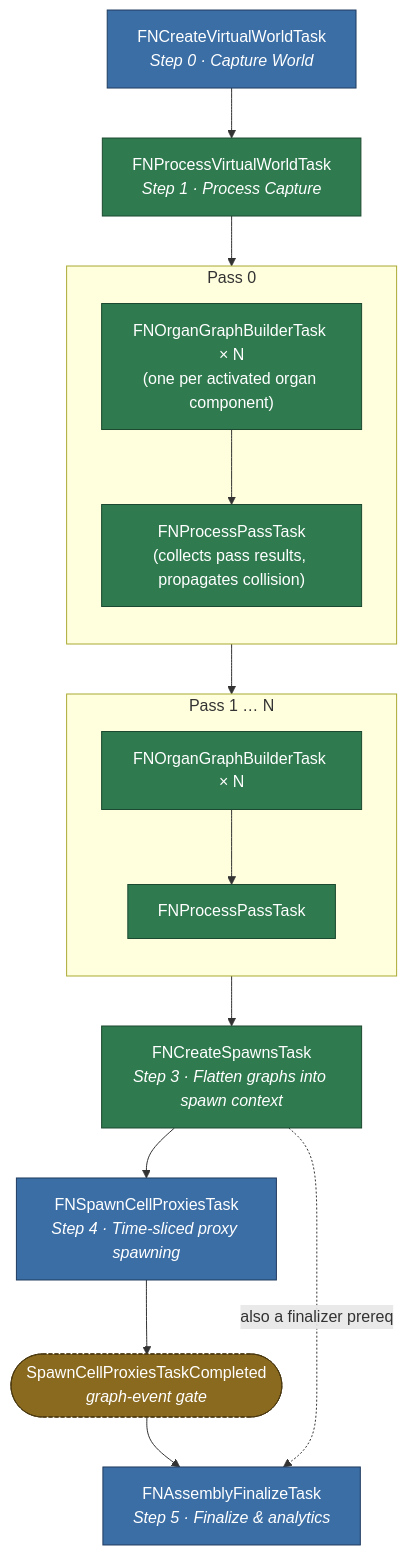
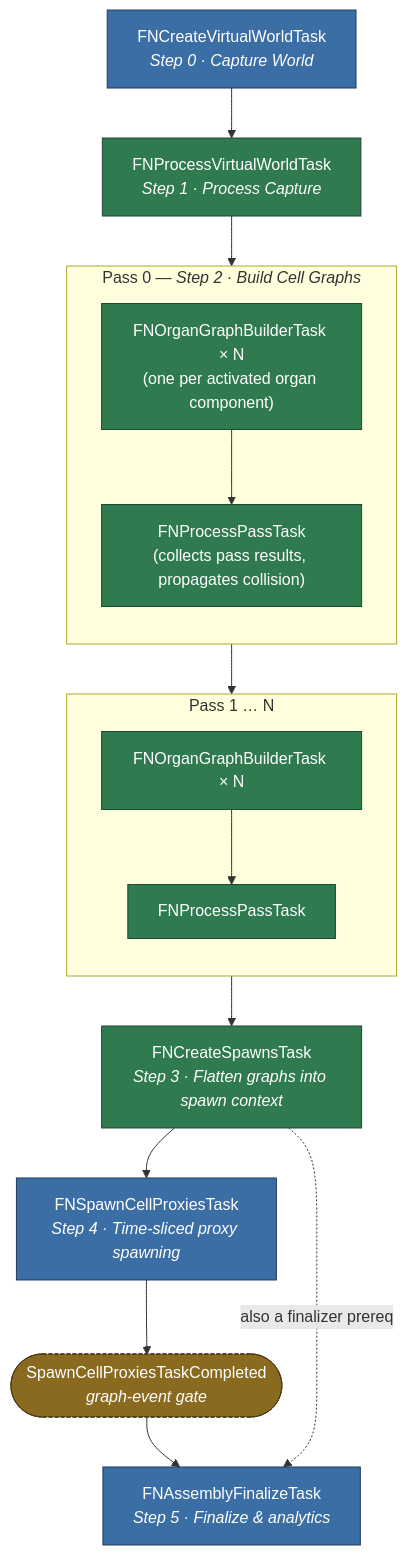
One commit to dotBunny/NEXUS.Docs changed the diagram in versioned_docs/version-0.3.2/plugins/world-assembly/architecture/tasks.md. Above: the diagram before and after it, drawn with Mermaid. The commit also changed other lines of this file and 11 other files, not shown here.

Commit message:
Better graphs / architecture explanations

````diff
--- a/versioned_docs/version-0.3.2/plugins/world-assembly/architecture/tasks.md
+++ b/versioned_docs/version-0.3.2/plugins/world-assembly/architecture/tasks.md
@@ -54,37 +81,37 @@
 ```mermaid
 flowchart TD
   classDef gameThread fill:#3b6ea5,stroke:#1f3b5f,color:#fff
   classDef anyThread  fill:#2f7a4f,stroke:#1c4a30,color:#fff
   classDef gate       fill:#8a6a1f,stroke:#4a3810,color:#fff,stroke-dasharray: 4 2
 
   CreateVW["FNCreateVirtualWorldTask<br/><i>Step 0 · Capture World</i>"]:::gameThread
   ProcessVW["FNProcessVirtualWorldTask<br/><i>Step 1 · Process Capture</i>"]:::anyThread
 
-  subgraph Pass0["Pass 0"]
+  subgraph Pass0["Pass 0 — <i>Step 2 · Build Cell Graphs</i>"]
     direction TB
     Organ0["FNOrganGraphBuilderTask × N<br/>(one per activated organ component)"]:::anyThread
     ProcPass0["FNProcessPassTask<br/>(collects pass results, propagates collision)"]:::anyThread
     Organ0 --> ProcPass0
   end
 
   subgraph PassN["Pass 1 … N"]
     direction TB
     OrganN["FNOrganGraphBuilderTask × N"]:::anyThread
     ProcPassN["FNProcessPassTask"]:::anyThread
     OrganN --> ProcPassN
   end
 
   CreateSpawns["FNCreateSpawnsTask<br/><i>Step 3 · Flatten graphs into spawn context</i>"]:::anyThread
   SpawnProxies["FNSpawnCellProxiesTask<br/><i>Step 4 · Time-sliced proxy spawning</i>"]:::gameThread
   SpawnGate(["SpawnCellProxiesTaskCompleted<br/><i>graph-event gate</i>"]):::gate
   Finalize["FNAssemblyFinalizeTask<br/><i>Step 5 · Finalize &amp; analytics</i>"]:::gameThread
 
   CreateVW --> ProcessVW
   ProcessVW --> Organ0
   ProcPass0 --> OrganN
   ProcPassN --> CreateSpawns
   CreateSpawns --> SpawnProxies
   SpawnProxies --> SpawnGate
   SpawnGate --> Finalize
   CreateSpawns -.->|also a finalizer prereq| Finalize
 ```
````
